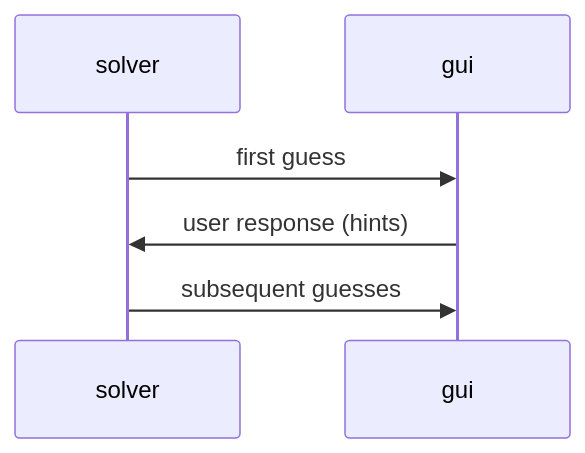
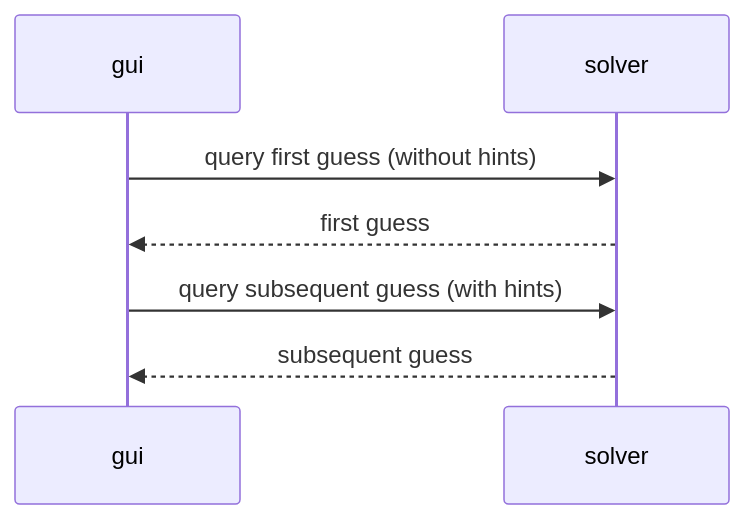
One commit to powersagitar/ics4u changed the first of 2 diagrams in culminating-mastermind/docs/components/componnets.md. Above: the diagram before and after it, drawn with Mermaid. The commit also changed other lines of this file, not shown here.

Commit message:
Fix sequence diagram

````diff
--- a/culminating-mastermind/docs/components/componnets.md
+++ b/culminating-mastermind/docs/components/componnets.md
@@ -18,6 +18,7 @@
 ```mermaid
 sequenceDiagram
-  solver ->> gui: first guess
-  gui ->> solver: user response (hints)
-  solver ->> gui: subsequent guesses
+  gui ->> solver: query first guess (without hints)
+  solver -->> gui: first guess
+  gui ->> solver: query subsequent guess (with hints)
+  solver -->> gui: subsequent guess
 ```
````
